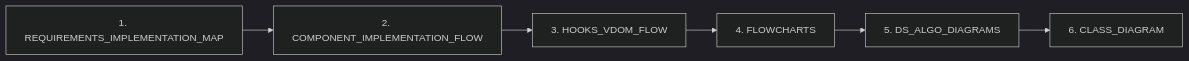
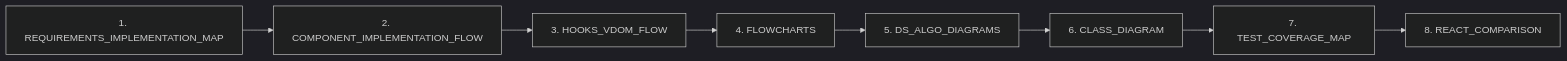
The third of 4 diagrams in docs/MASTER_DIAGRAM_ATLAS.md (Jungle-12-303/week5-team3-react2), drawn with Mermaid (dark theme) before and after one commit. The commit also changed other lines of this file and 5 other files, not shown here.

Commit message:
docs: add test coverage map and react comparison

````diff
--- a/docs/MASTER_DIAGRAM_ATLAS.md
+++ b/docs/MASTER_DIAGRAM_ATLAS.md
@@ -63,8 +75,10 @@
 ```mermaid
 flowchart LR
     A["1. REQUIREMENTS_IMPLEMENTATION_MAP"] --> B["2. COMPONENT_IMPLEMENTATION_FLOW"]
     B --> C["3. HOOKS_VDOM_FLOW"]
     C --> D["4. FLOWCHARTS"]
     D --> E["5. DS_ALGO_DIAGRAMS"]
     E --> F["6. CLASS_DIAGRAM"]
+    F --> G["7. TEST_COVERAGE_MAP"]
+    G --> H["8. REACT_COMPARISON"]
 ```
````
